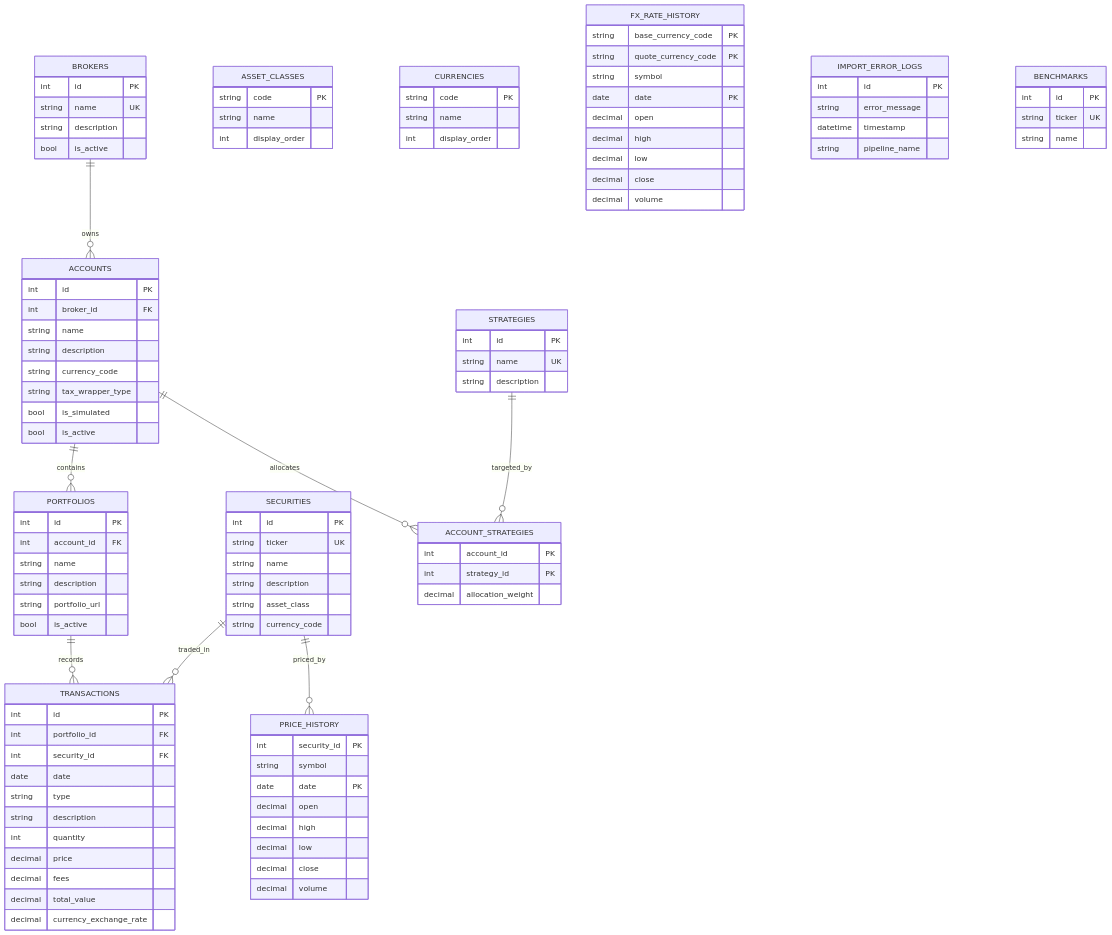
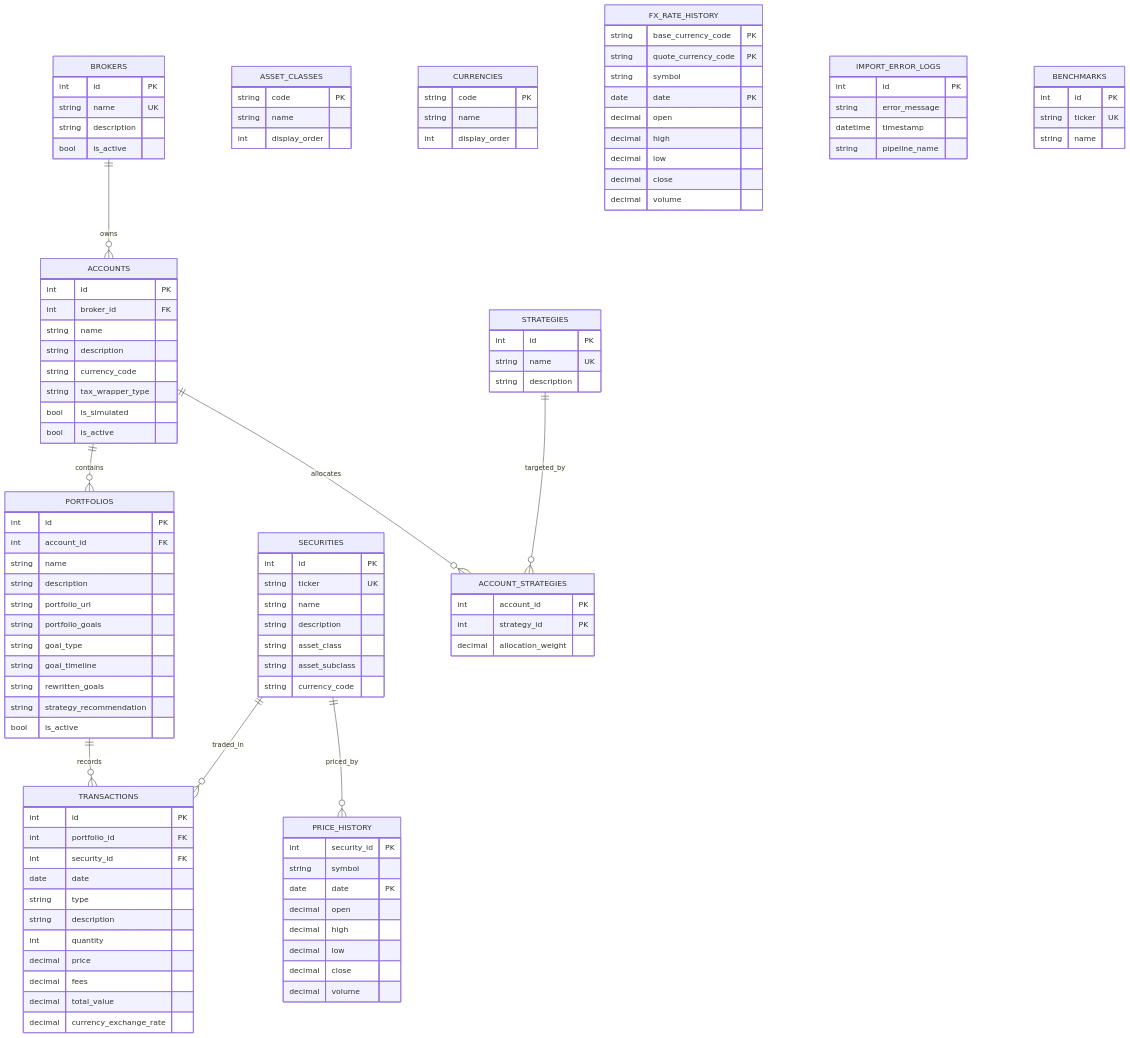
Before and after one commit to derruba2000/PortfolioTracker: the third of 6 diagrams in doc/architecture.md, drawn with Mermaid. The commit also changed other lines of this file and 23 other files, not shown here.

```diff
--- a/doc/architecture.md
+++ b/doc/architecture.md
@@ -220,6 +222,11 @@
         string name
         string description
         string portfolio_url
+        string portfolio_goals
+        string goal_type
+        string goal_timeline
+        string rewritten_goals
+        string strategy_recommendation
         bool is_active
     }
 
@@ -229,6 +236,7 @@
         string name
         string description
         string asset_class
+        string asset_subclass
         string currency_code
     }
 
```
